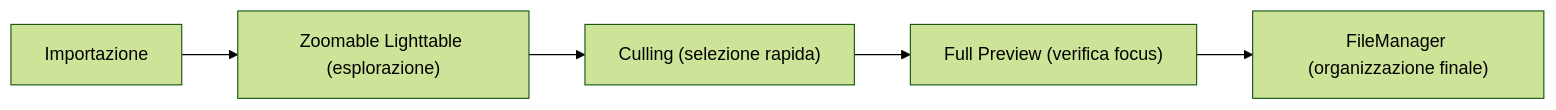
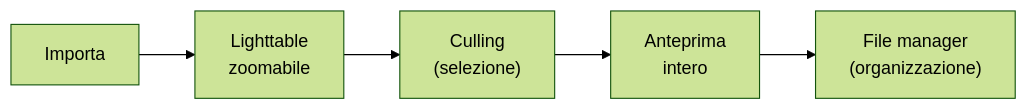
Before and after one commit to lorenzoperone/darktable-docs: the diagram in docs/lighttable/modalita.md, drawn with Mermaid (forest theme). The commit also changed 40 other files, not shown here.

First line of the commit message:
fix: reformatta diagrammi Mermaid — etichette brevi, break line, italiano

````diff
--- a/docs/lighttable/modalita.md
+++ b/docs/lighttable/modalita.md
@@ -22,4 +22,4 @@
 ```mermaid
 flowchart LR
-    A["Importazione"] --> B["Zoomable Lighttable (esplorazione)"] --> C["Culling (selezione rapida)"] --> D["Full Preview (verifica focus)"] --> E["FileManager (organizzazione finale)"]
+    A["Importa"] --> B["Lighttable<br/>zoomabile"] --> C["Culling<br/>(selezione)"] --> D["Anteprima<br/>intero"] --> E["File manager<br/>(organizzazione)"]
 ```
````
